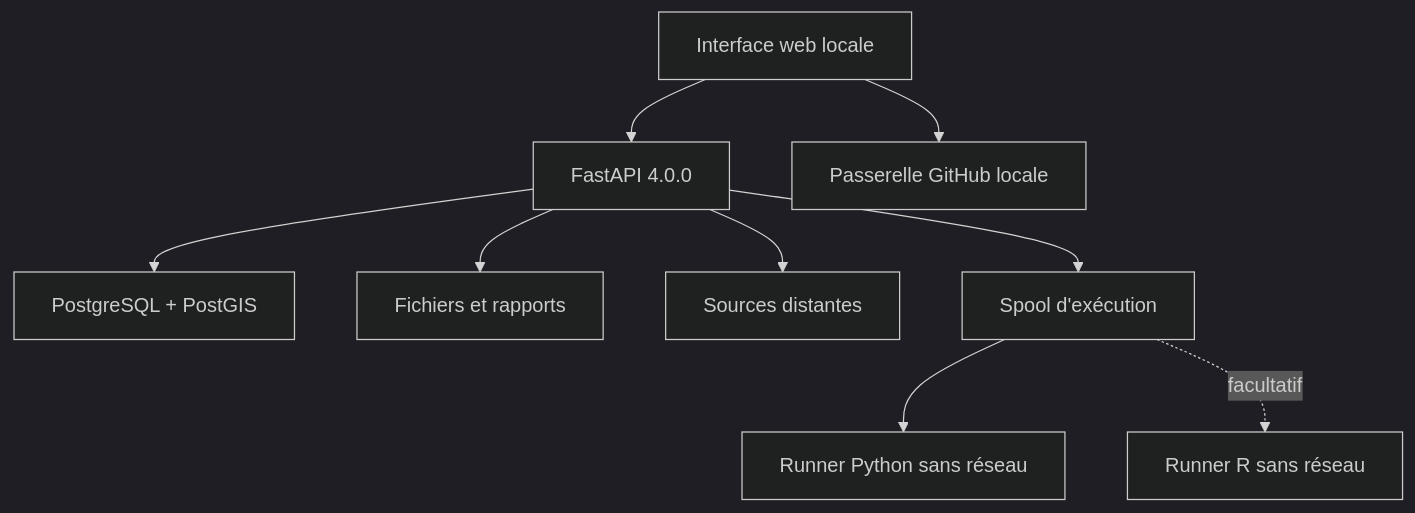
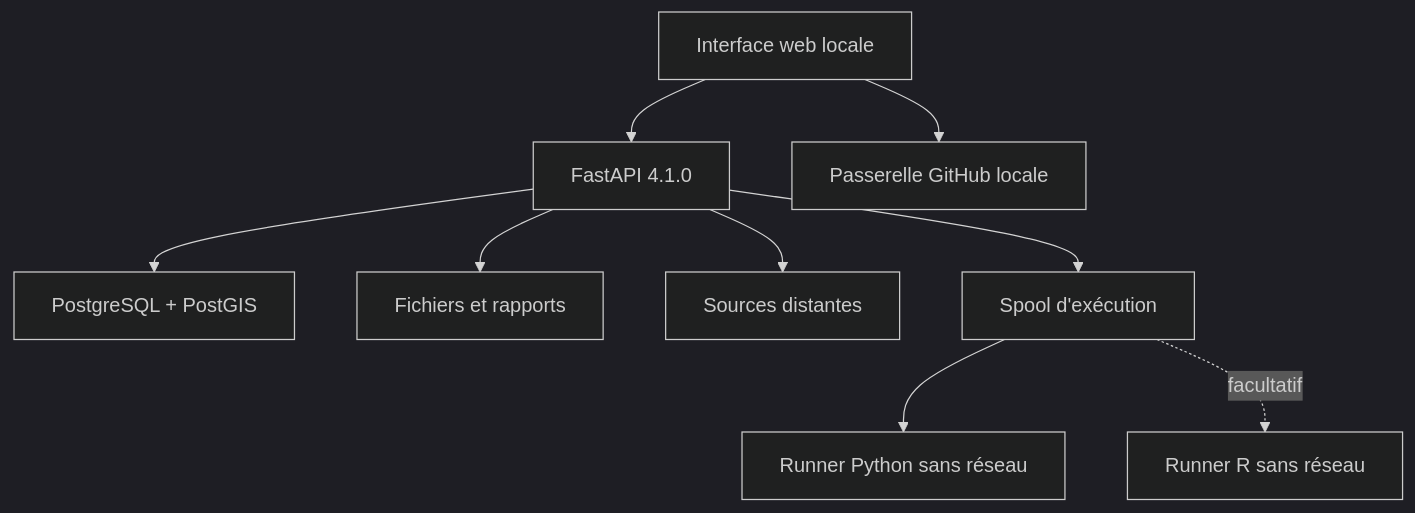
The diagram in docs/ARCHITECTURE.md (B-DAUTRIF/humanitarian-data-platform), drawn with Mermaid (dark theme) before and after one commit. The commit also changed other lines of this file and 88 other files, not shown here.

````diff
--- a/docs/ARCHITECTURE.md
+++ b/docs/ARCHITECTURE.md
@@ -5,11 +5,11 @@
 ```mermaid
 flowchart TD
-    U["Interface web locale"] --> A["FastAPI 4.0.0"]
+    U["Interface web locale"] --> A["FastAPI 4.1.0"]
     A --> P["PostgreSQL + PostGIS"]
     A --> F["Fichiers et rapports"]
     A --> X["Sources distantes"]
     U --> G["Passerelle GitHub locale"]
     A --> Q["Spool d'exécution"]
     Q --> Y["Runner Python sans réseau"]
     Q -. facultatif .-> R["Runner R sans réseau"]
 ```
````
